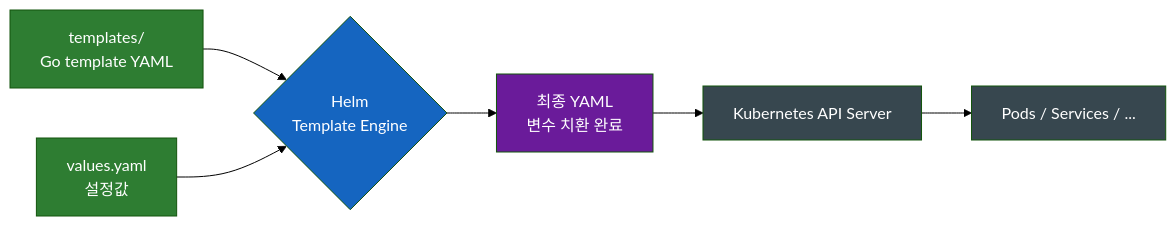
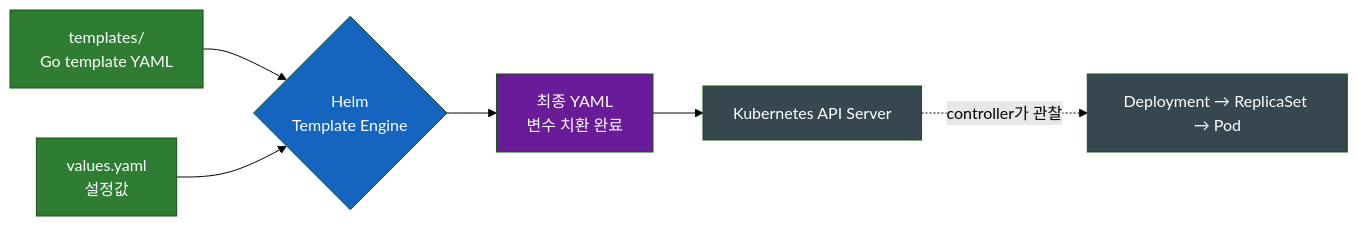
One commit to sskim91/TIL changed the fourth of 5 diagrams in kubernetes/Helm-쿠버네티스의-패키지-매니저는-왜-필요한가.md. Above: the diagram before and after it, drawn with Mermaid (forest theme). The commit also changed other lines of this file and 39 other files, not shown here.

````diff
--- a/kubernetes/Helm-쿠버네티스의-패키지-매니저는-왜-필요한가.md
+++ b/kubernetes/Helm-쿠버네티스의-패키지-매니저는-왜-필요한가.md
@@ -158,15 +167,15 @@
 ```mermaid
 flowchart LR
     Tmpl[templates/<br>Go template YAML] --> Engine{Helm<br>Template Engine}
     Vals[values.yaml<br>설정값] --> Engine
     Engine --> Final[최종 YAML<br>변수 치환 완료]
     Final --> API[Kubernetes API Server]
-    API --> Pods[Pods / Services / ...]
+    API -.->|controller가 관찰| Pods[Deployment → ReplicaSet → Pod]
 
     style Tmpl fill:#2E7D32,color:#fff
     style Vals fill:#2E7D32,color:#fff
     style Engine fill:#1565C0,color:#fff
     style Final fill:#6A1B9A,color:#fff
     style API fill:#37474F,color:#fff
     style Pods fill:#37474F,color:#fff
 ```
````
